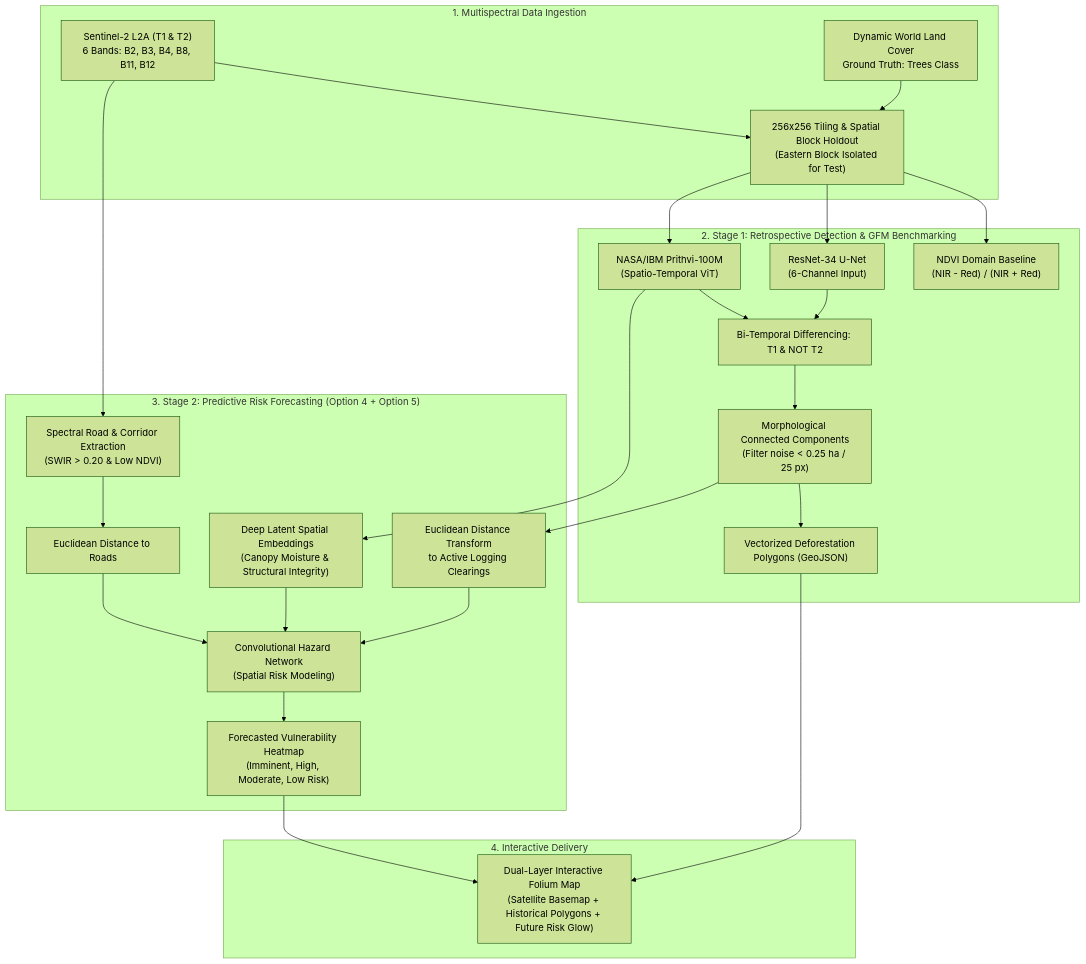
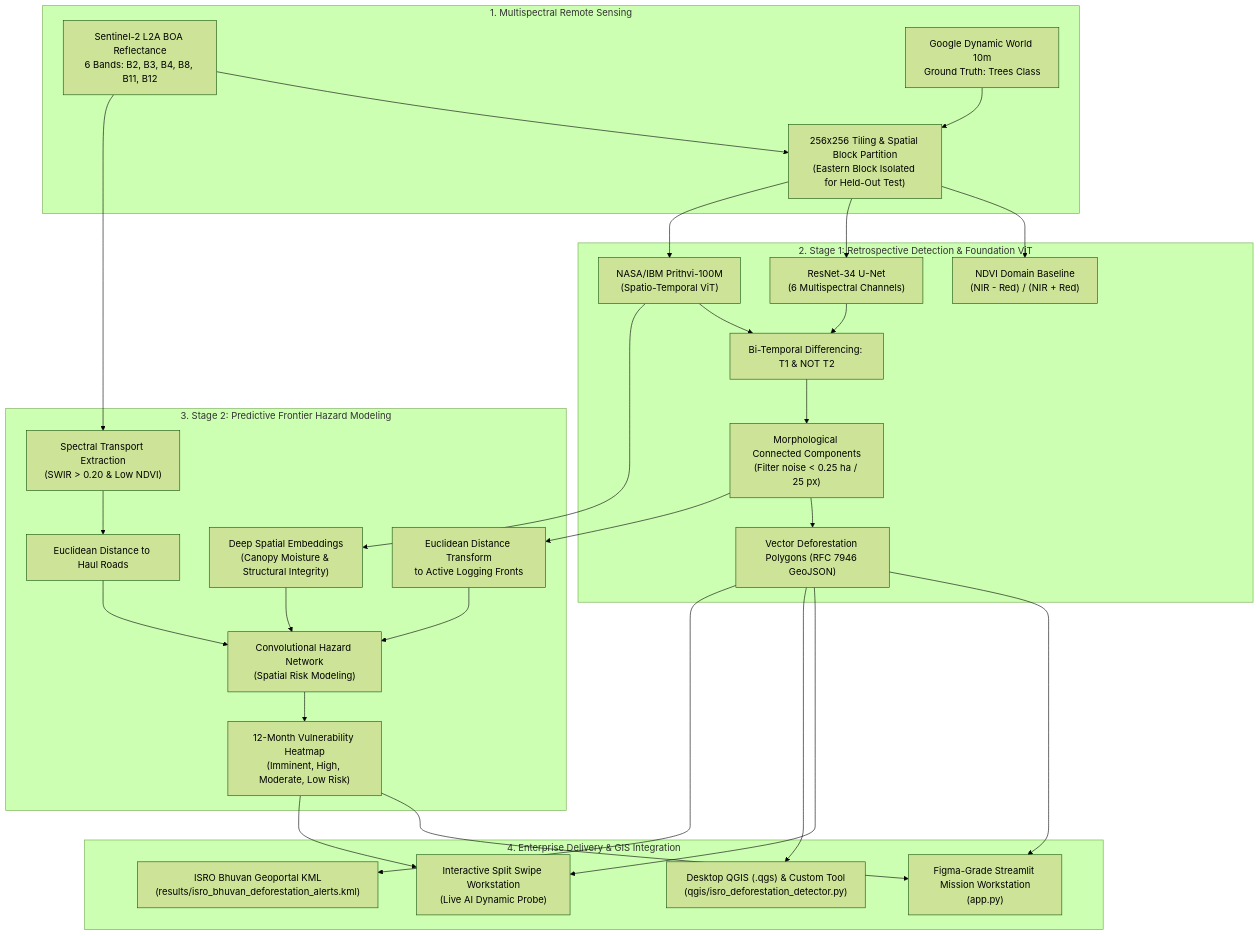
The diagram in README.md (VivekReddy-IT/Deforestation-detection), drawn with Mermaid (forest theme) before and after one commit. The commit also changed other lines of this file and 4 other files, not shown here.

Commit message:
refactor(ui): elevate Streamlit dashboard to Figma design standards, decouple external dependencies, and rely on online map servers

````diff
--- a/README.md
+++ b/README.md
@@ -27,30 +29,33 @@
 ```mermaid
 flowchart TD
-    subgraph Ingestion ["1. Multispectral Data Ingestion"]
-        S2["Sentinel-2 L2A (T1 & T2)<br>6 Bands: B2, B3, B4, B8, B11, B12"]
-        DW["Dynamic World Land Cover<br>Ground Truth: Trees Class"]
-        S2 & DW --> Tile["256x256 Tiling & Spatial Block Holdout<br>(Eastern Block Isolated for Test)"]
+    subgraph Data ["1. Multispectral Remote Sensing"]
+        S2["Sentinel-2 L2A BOA Reflectance<br>6 Bands: B2, B3, B4, B8, B11, B12"]
+        DW["Google Dynamic World 10m<br>Ground Truth: Trees Class"]
+        S2 & DW --> Tile["256x256 Tiling & Spatial Block Partition<br>(Eastern Block Isolated for Held-Out Test)"]
     end
 
-    subgraph Retrospective ["2. Stage 1: Retrospective Detection & GFM Benchmarking"]
+    subgraph Retrospective ["2. Stage 1: Retrospective Detection & Foundation ViT"]
         Tile --> NDVI["NDVI Domain Baseline<br>(NIR - Red) / (NIR + Red)"]
-        Tile --> UNet["ResNet-34 U-Net<br>(6-Channel Input)"]
+        Tile --> UNet["ResNet-34 U-Net<br>(6 Multispectral Channels)"]
         Tile --> Prithvi["NASA/IBM Prithvi-100M<br>(Spatio-Temporal ViT)"]
         UNet & Prithvi --> Change["Bi-Temporal Differencing: T1 & NOT T2"]
         Change --> Filter["Morphological Connected Components<br>(Filter noise < 0.25 ha / 25 px)"]
-        Filter --> Alerts["Vectorized Deforestation Polygons (GeoJSON)"]
+        Filter --> Alerts["Vector Deforestation Polygons (RFC 7946 GeoJSON)"]
     end
 
-    subgraph Predictive ["3. Stage 2: Predictive Risk Forecasting (Option 4 + Option 5)"]
-        Filter --> DistFrontier["Euclidean Distance Transform<br>to Active Logging Clearings"]
-        S2 --> Roads["Spectral Road & Corridor Extraction<br>(SWIR > 0.20 & Low NDVI)"]
-        Roads --> DistRoads["Euclidean Distance to Roads"]
-        Prithvi --> Embeddings["Deep Latent Spatial Embeddings<br>(Canopy Moisture & Structural Integrity)"]
+    subgraph Predictive ["3. Stage 2: Predictive Frontier Hazard Modeling"]
+        Filter --> DistFrontier["Euclidean Distance Transform<br>to Active Logging Fronts"]
+        S2 --> Roads["Spectral Transport Extraction<br>(SWIR > 0.20 & Low NDVI)"]
+        Roads --> DistRoads["Euclidean Distance to Haul Roads"]
+        Prithvi --> Embeddings["Deep Spatial Embeddings<br>(Canopy Moisture & Structural Integrity)"]
         DistFrontier & DistRoads & Embeddings --> HazardNet["Convolutional Hazard Network<br>(Spatial Risk Modeling)"]
-        HazardNet --> RiskMap["Forecasted Vulnerability Heatmap<br>(Imminent, High, Moderate, Low Risk)"]
+        HazardNet --> RiskMap["12-Month Vulnerability Heatmap<br>(Imminent, High, Moderate, Low Risk)"]
     end
 
-    subgraph Delivery ["4. Interactive Delivery"]
-        Alerts & RiskMap --> FoliumMap["Dual-Layer Interactive Folium Map<br>(Satellite Basemap + Historical Polygons + Future Risk Glow)"]
+    subgraph Delivery ["4. Enterprise Delivery & GIS Integration"]
+        Alerts & RiskMap --> WebApp["Figma-Grade Streamlit Mission Workstation<br>(app.py)"]
+        Alerts & RiskMap --> SwipeMap["Interactive Split Swipe Workstation<br>(Live AI Dynamic Probe)"]
+        Alerts --> QGIS["Desktop QGIS (.qgs) & Custom Tool<br>(qgis/isro_deforestation_detector.py)"]
+        Alerts --> Bhuvan["ISRO Bhuvan Geoportal KML<br>(results/isro_bhuvan_deforestation_alerts.kml)"]
     end
 ```
````
